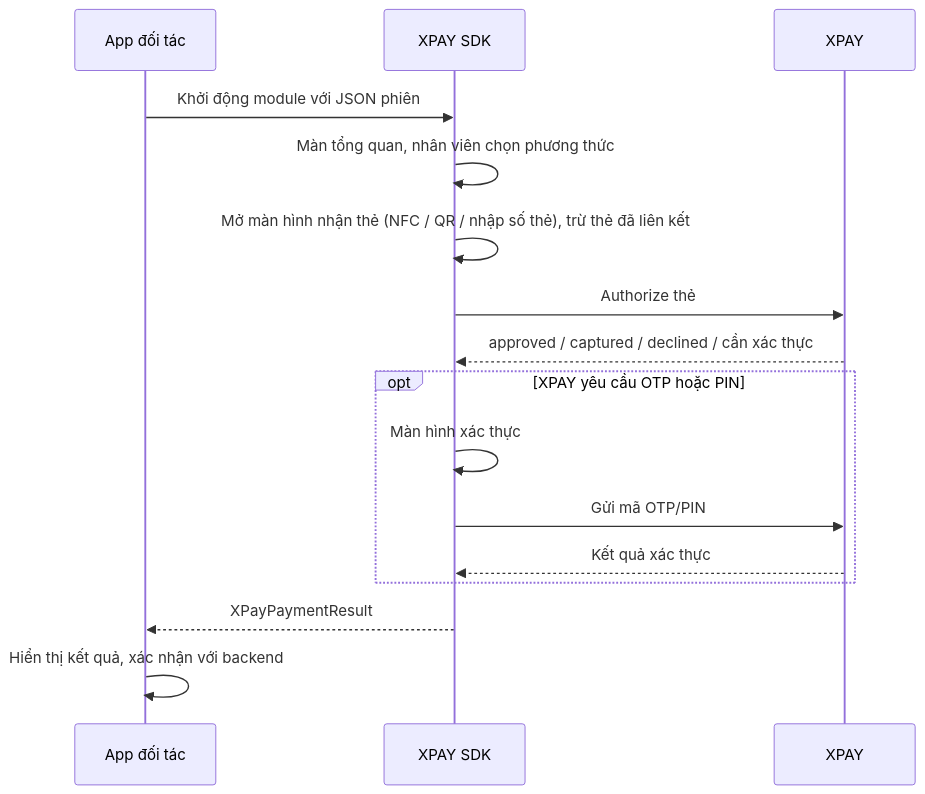
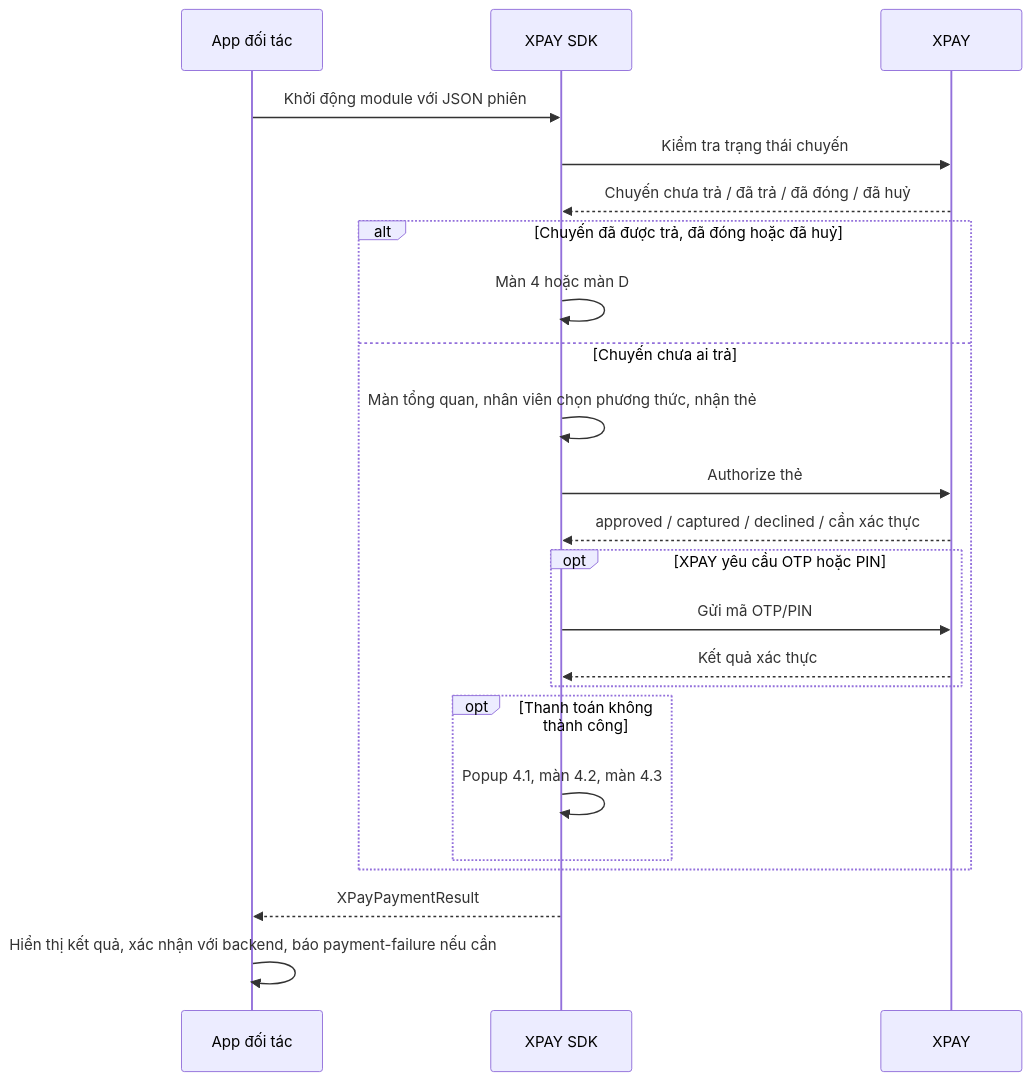
One commit to nggiahuy09/xpay-payment-sdk changed the diagram in docs/android_integration.vi.md. Above: the diagram before and after it, drawn with Mermaid. The commit also changed other lines of this file and 127 other files, not shown here.

````diff
--- a/docs/android_integration.vi.md
+++ b/docs/android_integration.vi.md
@@ -220,18 +242,25 @@
 ```mermaid
 sequenceDiagram
     participant App as App đối tác
     participant SDK as XPAY SDK
     participant XPay as XPAY
     App->>SDK: Khởi động module với JSON phiên
-    SDK->>SDK: Màn tổng quan, nhân viên chọn phương thức
-    SDK->>SDK: Mở màn hình nhận thẻ (NFC / QR / nhập số thẻ), trừ thẻ đã liên kết
-    SDK->>XPay: Authorize thẻ
-    XPay-->>SDK: approved / captured / declined / cần xác thực
-    opt XPAY yêu cầu OTP hoặc PIN
-        SDK->>SDK: Màn hình xác thực
-        SDK->>XPay: Gửi mã OTP/PIN
-        XPay-->>SDK: Kết quả xác thực
+    SDK->>XPay: Kiểm tra trạng thái chuyến
+    XPay-->>SDK: Chuyến chưa trả / đã trả / đã đóng / đã huỷ
+    alt Chuyến đã được trả, đã đóng hoặc đã huỷ
+        SDK->>SDK: Màn 4 hoặc màn D
+    else Chuyến chưa ai trả
+        SDK->>SDK: Màn tổng quan, nhân viên chọn phương thức, nhận thẻ
+        SDK->>XPay: Authorize thẻ
+        XPay-->>SDK: approved / captured / declined / cần xác thực
+        opt XPAY yêu cầu OTP hoặc PIN
+            SDK->>XPay: Gửi mã OTP/PIN
+            XPay-->>SDK: Kết quả xác thực
+        end
+        opt Thanh toán không thành công
+            SDK->>SDK: Popup 4.1, màn 4.2, màn 4.3
+        end
     end
     SDK-->>App: XPayPaymentResult
-    App->>App: Hiển thị kết quả, xác nhận với backend
+    App->>App: Hiển thị kết quả, xác nhận với backend, báo payment-failure nếu cần
 ```
````
